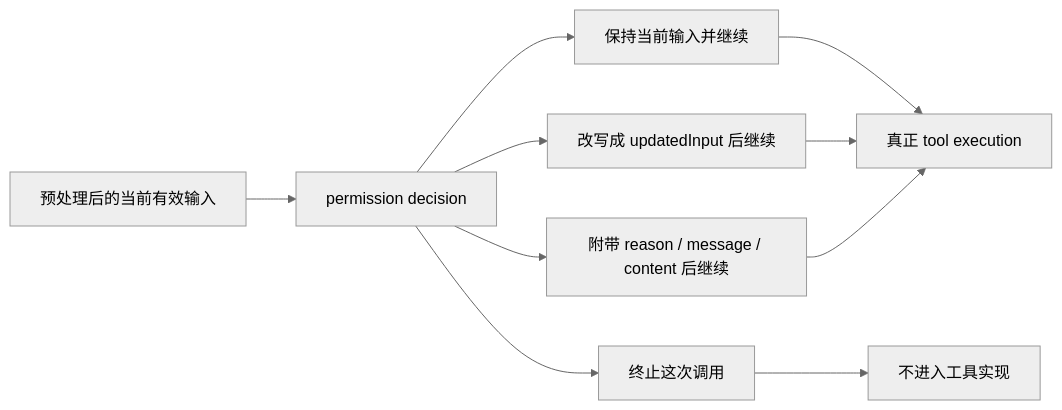
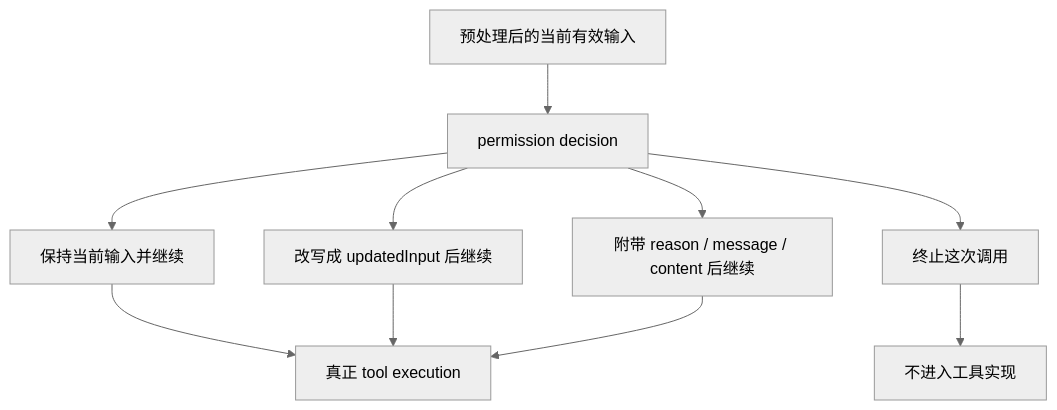
One commit to T0UGH/claude-code-source-guide changed the second of 2 diagrams in docs/guidebookv2/volume-3/13-how-permission-decision-connects-before-tool-execution.md. Above: the diagram before and after it, drawn with Mermaid (neutral theme). The commit also changed 13 other files, not shown here.

Commit message:
tighten volume-3 diagrams and boundaries

````diff
--- a/docs/guidebookv2/volume-3/13-how-permission-decision-connects-before-tool-execution.md
+++ b/docs/guidebookv2/volume-3/13-how-permission-decision-connects-before-tool-execution.md
@@ -290,12 +290,12 @@
 ```mermaid
-flowchart LR
+flowchart TD
     A[预处理后的当前有效输入] --> B[permission decision]
     B --> C1[保持当前输入并继续]
     B --> C2[改写成 updatedInput 后继续]
     B --> C3[附带 reason / message / content 后继续]
     B --> C4[终止这次调用]
     C1 --> D[真正 tool execution]
     C2 --> D
     C3 --> D
     C4 --> E[不进入工具实现]
 ```
````
